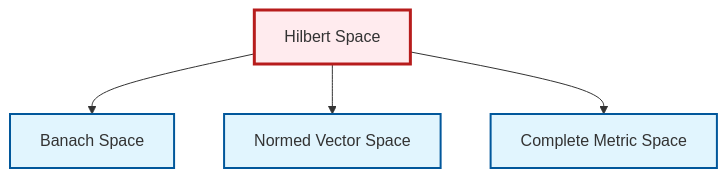
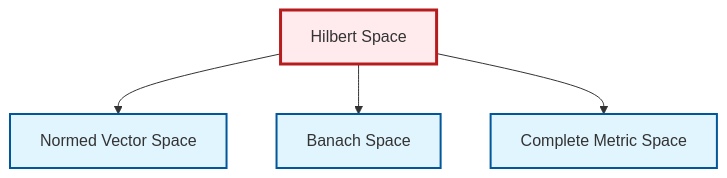
Before and after one commit to RK0429/ModernMath: the diagram in output/mermaid/en/def-hilbert-space.mermaid, drawn with Mermaid. The commit also changed other lines of this file and 3096 other files, not shown here.

```diff
--- a/output/mermaid/en/def-hilbert-space.mermaid
+++ b/output/mermaid/en/def-hilbert-space.mermaid
@@ -1,14 +1,14 @@
 graph TD
     classDef definition fill:#e1f5fe,stroke:#01579b,stroke-width:2px
     classDef theorem fill:#f3e5f5,stroke:#4a148c,stroke-width:2px
     classDef axiom fill:#fff3e0,stroke:#e65100,stroke-width:2px
     classDef example fill:#e8f5e9,stroke:#1b5e20,stroke-width:2px
     classDef current fill:#ffebee,stroke:#b71c1c,stroke-width:3px
     def-banach-space["Banach Space"]:::definition
+    def-hilbert-space["Hilbert Space"]:::definition
     def-normed-vector-space["Normed Vector Space"]:::definition
     def-complete-metric-space["Complete Metric Space"]:::definition
-    def-hilbert-space["Hilbert Space"]:::definition
+    def-hilbert-space --> def-normed-vector-space
     def-hilbert-space --> def-banach-space
-    def-hilbert-space --> def-normed-vector-space
     def-hilbert-space --> def-complete-metric-space
     class def-hilbert-space current
```
